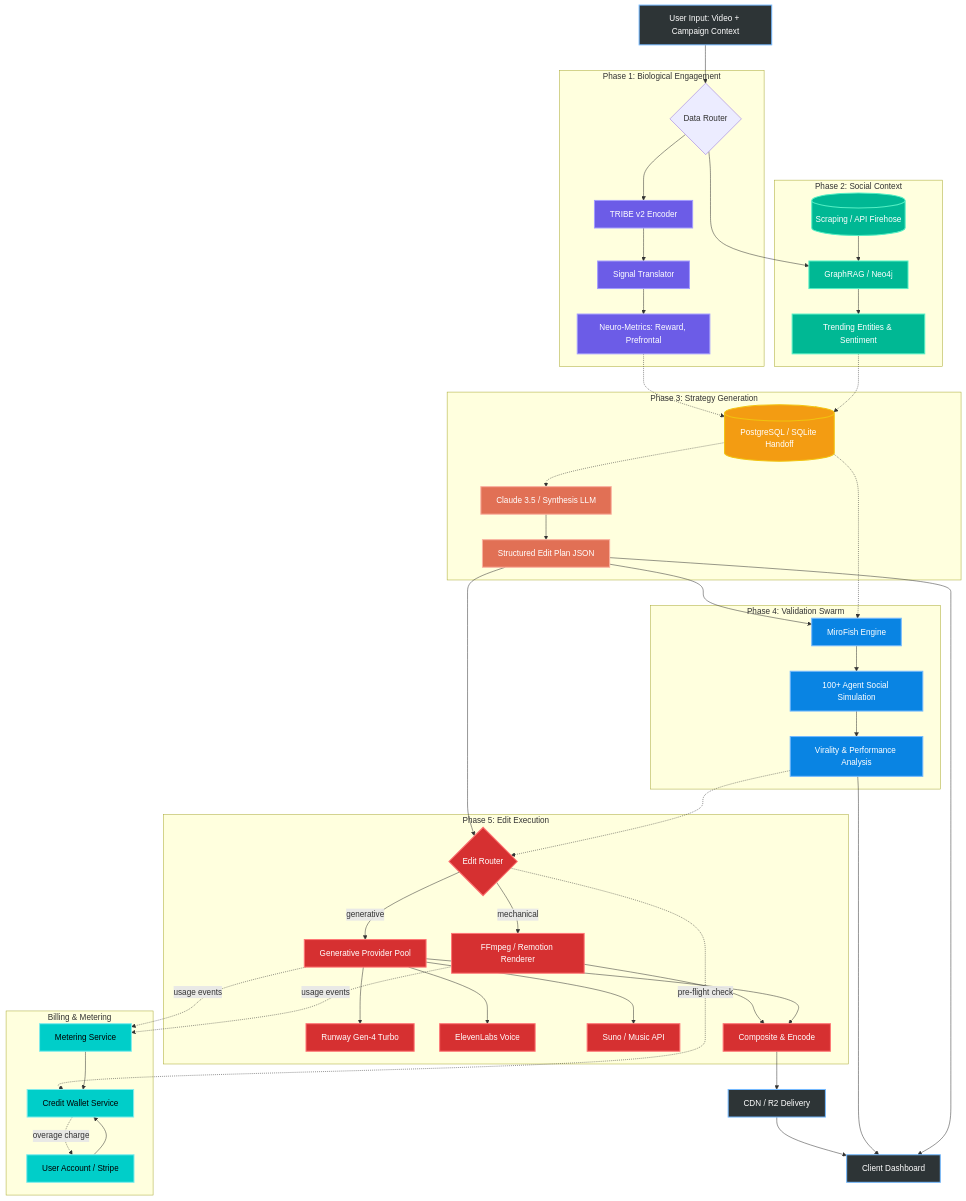
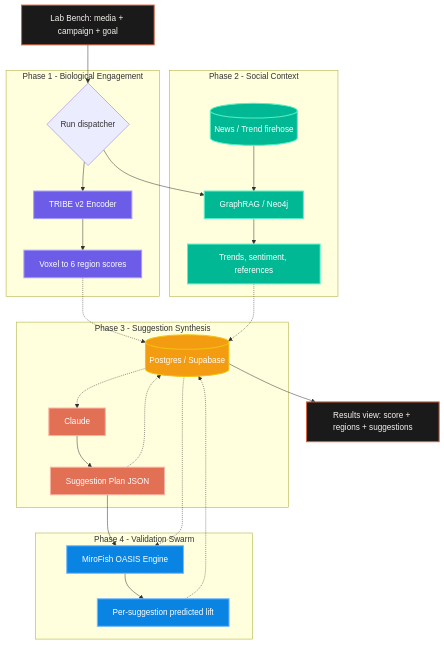
The diagram in docs/architecture/architecture_v2.md (Karsten-Uy/cortyze_product), drawn with Mermaid before and after one commit. The commit also changed other lines of this file and 39 other files, not shown here.

````diff
--- a/docs/architecture/architecture_v2.md
+++ b/docs/architecture/architecture_v2.md
@@ -10,79 +22,44 @@
 ```mermaid
 graph TD
     classDef input fill:#2d3436,stroke:#74b9ff,stroke-width:2px,color:#fff;
     classDef neuro fill:#6c5ce7,stroke:#a29bfe,stroke-width:2px,color:#fff;
     classDef rag fill:#00b894,stroke:#55efc4,stroke-width:2px,color:#fff;
     classDef synth fill:#e17055,stroke:#fab1a0,stroke-width:2px,color:#fff;
     classDef sim fill:#0984e3,stroke:#74b9ff,stroke-width:2px,color:#fff;
-    classDef exec fill:#d63031,stroke:#ff7675,stroke-width:2px,color:#fff;
-    classDef billing fill:#00cec9,stroke:#81ecec,stroke-width:2px,color:#000;
     classDef db fill:#f39c12,stroke:#f1c40f,stroke-width:2px,color:#fff;
+    classDef fe fill:#1a1a1a,stroke:#d4613e,stroke-width:2px,color:#f5f2ed;
 
-    %% Inputs
-    Input[User Input: Video + Campaign Context]:::input --> Split{Data Router}
+    Input[Lab Bench: media + campaign + goal]:::fe --> Split{Run dispatcher}
 
-    %% DB / State Management
-    StateDB[(PostgreSQL / SQLite Handoff)]:::db
+    StateDB[(Postgres / Supabase)]:::db
 
-    %% Phase 1: Neural Pipeline
-    subgraph Phase 1: Biological Engagement
+    subgraph p1 ["Phase 1 - Biological Engagement"]
         Split --> Tribe[TRIBE v2 Encoder]:::neuro
-        Tribe --> Interpreter[Signal Translator]:::neuro
-        Interpreter --> NeuroScore[Neuro-Metrics: Reward, Prefrontal]:::neuro
+        Tribe --> Reducer["Voxel to 6 region scores"]:::neuro
     end
 
-    %% Phase 2: Context Pipeline
-    subgraph Phase 2: Social Context
-        LiveStream[(Scraping / API Firehose)]:::rag --> GraphRAG[GraphRAG / Neo4j]:::rag
+    subgraph p2 ["Phase 2 - Social Context"]
+        LiveStream[(News / Trend firehose)]:::rag --> GraphRAG[GraphRAG / Neo4j]:::rag
         Split --> GraphRAG
-        GraphRAG --> Context[Trending Entities & Sentiment]:::rag
+        GraphRAG --> Context[Trends, sentiment, references]:::rag
     end
 
-    %% State Storage
-    NeuroScore -.-> StateDB
+    Reducer -.-> StateDB
     Context -.-> StateDB
 
-    %% Phase 3: Synthesis
-    subgraph Phase 3: Strategy Generation
-        StateDB -.-> Claude[Claude 3.5 / Synthesis LLM]:::synth
-        Claude --> Suggestions[Structured Edit Plan JSON]:::synth
+    subgraph p3 ["Phase 3 - Suggestion Synthesis"]
+        StateDB -.-> Claude[Claude]:::synth
+        Claude --> Plan[Suggestion Plan JSON]:::synth
     end
 
-    %% Phase 4: Simulation
-    subgraph Phase 4: Validation Swarm
-        Suggestions --> MiroFish[MiroFish Engine]:::sim
+    subgraph p4 ["Phase 4 - Validation Swarm"]
+        Plan --> MiroFish[MiroFish OASIS Engine]:::sim
         StateDB -.-> MiroFish
-        MiroFish --> Swarm[100+ Agent Social Simulation]:::sim
-        Swarm --> Report[Virality & Performance Analysis]:::sim
+        MiroFish --> Lift[Per-suggestion predicted lift]:::sim
     end
 
-    %% Phase 5: Edit Execution & PAYG Billing
-    subgraph Phase 5: Edit Execution
-        Suggestions --> Router{Edit Router}:::exec
-        Report -.-> Router
-        Router -->|mechanical| Compositor[FFmpeg / Remotion Renderer]:::exec
-        Router -->|generative| GenPool[Generative Provider Pool]:::exec
-        GenPool --> Runway[Runway Gen-4 Turbo]:::exec
-        GenPool --> Eleven[ElevenLabs Voice]:::exec
-        GenPool --> Suno[Suno / Music API]:::exec
-        Compositor --> FinalRender[Composite & Encode]:::exec
-        GenPool --> FinalRender
-    end
+    Plan -.-> StateDB
+    Lift -.-> StateDB
 
-    %% Billing Layer
-    subgraph Billing & Metering
-        UserAcct[User Account / Stripe]:::billing --> Wallet[Credit Wallet Service]:::billing
-        Router -.->|pre-flight check| Wallet
-        GenPool -.->|usage events| Meter[Metering Service]:::billing
-        Compositor -.->|usage events| Meter
-        Meter --> Wallet
-        Wallet -.->|overage charge| UserAcct
-    end
-
-    %% Output
-    FinalRender --> CDN[CDN / R2 Delivery]:::input
-    CDN --> Final[Client Dashboard]
-    Report --> Final
-    Suggestions --> Final
-    Final:::input
+    StateDB --> Results[Results view: score + regions + suggestions]:::fe
 ```
````
